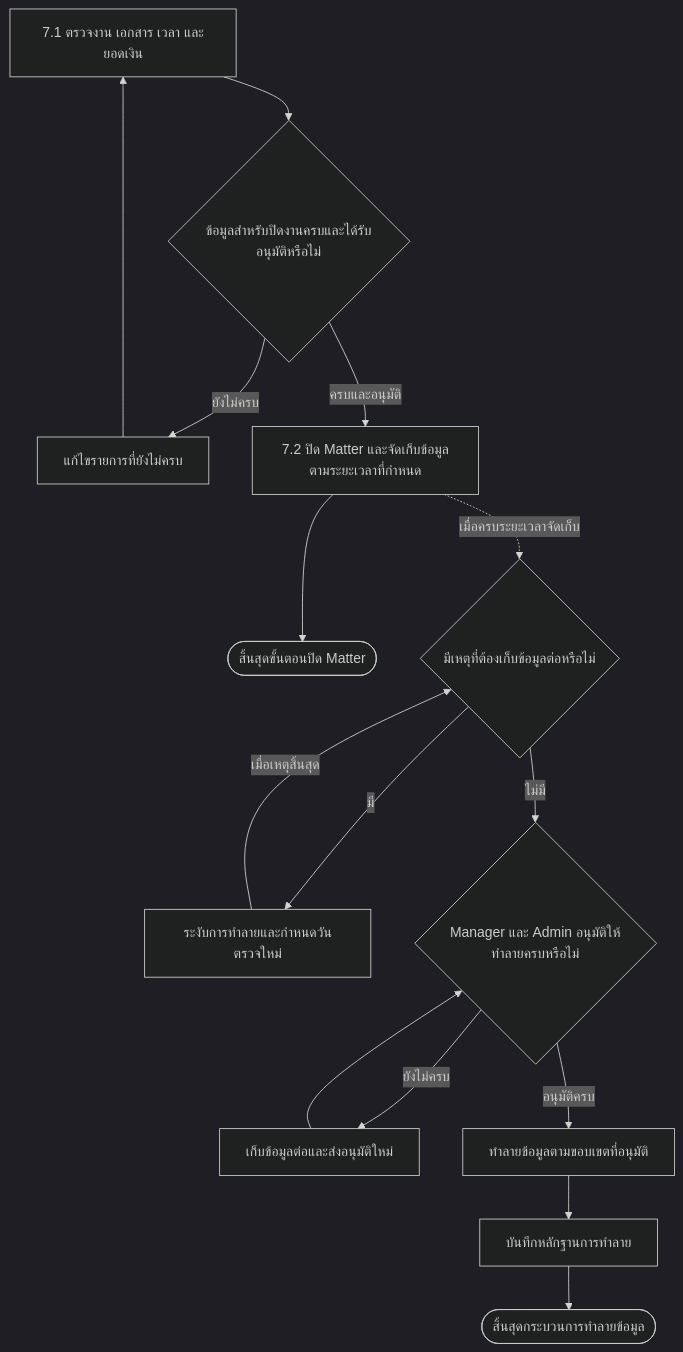
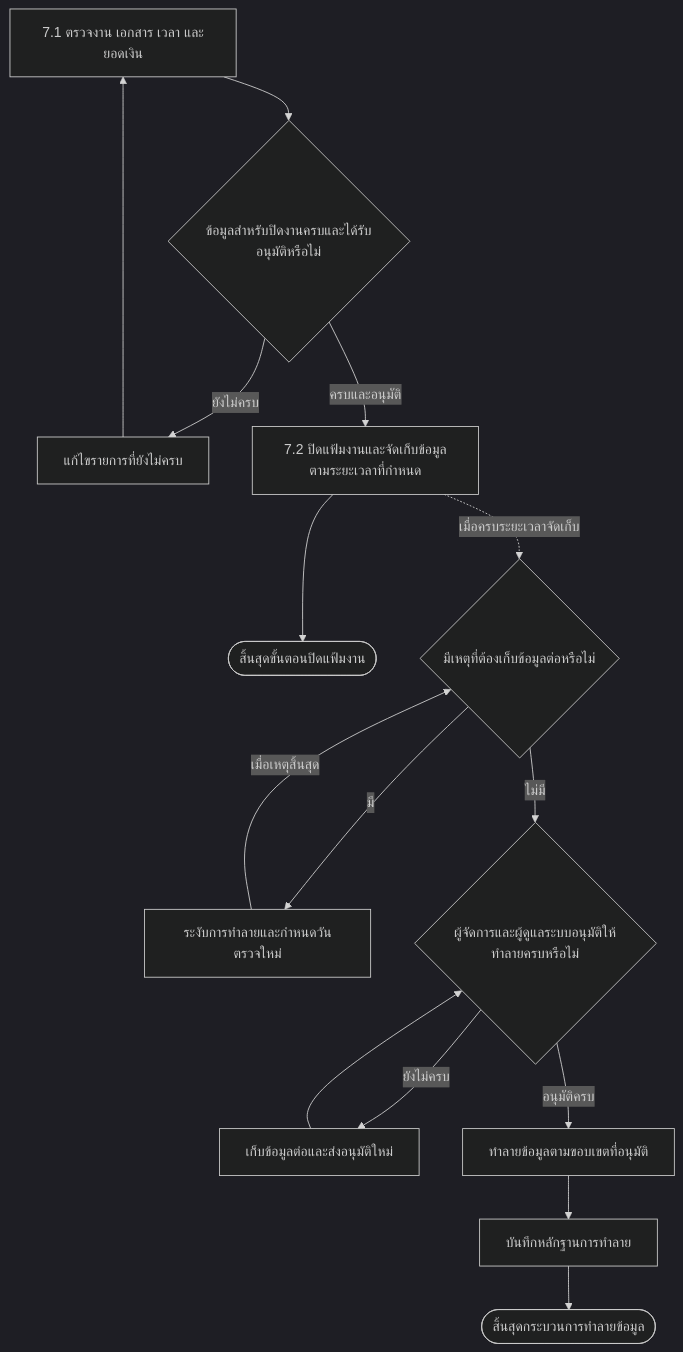
One commit to yukasung/legal_erp_docs changed the seventh of 7 diagrams in docs/app/docs/workflow/page.mdx. Above: the diagram before and after it, drawn with Mermaid (dark theme). The commit also changed other lines of this file, not shown here.

````diff
--- a/docs/app/docs/workflow/page.mdx
+++ b/docs/app/docs/workflow/page.mdx
@@ -171,18 +233,18 @@
 ```mermaid
 flowchart TD
   A["7.1 ตรวจงาน เอกสาร เวลา และยอดเงิน"] --> B{"ข้อมูลสำหรับปิดงานครบและได้รับอนุมัติหรือไม่"}
   B -->|ยังไม่ครบ| C["แก้ไขรายการที่ยังไม่ครบ"]
   C --> A
-  B -->|ครบและอนุมัติ| D["7.2 ปิด Matter และจัดเก็บข้อมูลตามระยะเวลาที่กำหนด"]
-  D --> Z(["สิ้นสุดขั้นตอนปิด Matter"])
+  B -->|ครบและอนุมัติ| D["7.2 ปิดแฟ้มงานและจัดเก็บข้อมูลตามระยะเวลาที่กำหนด"]
+  D --> Z(["สิ้นสุดขั้นตอนปิดแฟ้มงาน"])
 
   D -. เมื่อครบระยะเวลาจัดเก็บ .-> E{"มีเหตุที่ต้องเก็บข้อมูลต่อหรือไม่"}
   E -->|มี| F["ระงับการทำลายและกำหนดวันตรวจใหม่"]
   F -->|เมื่อเหตุสิ้นสุด| E
-  E -->|ไม่มี| G{"Manager และ Admin อนุมัติให้ทำลายครบหรือไม่"}
+  E -->|ไม่มี| G{"ผู้จัดการและผู้ดูแลระบบอนุมัติให้ทำลายครบหรือไม่"}
   G -->|ยังไม่ครบ| H["เก็บข้อมูลต่อและส่งอนุมัติใหม่"]
   H --> G
   G -->|อนุมัติครบ| I["ทำลายข้อมูลตามขอบเขตที่อนุมัติ"]
   I --> J["บันทึกหลักฐานการทำลาย"]
   J --> Y(["สิ้นสุดกระบวนการทำลายข้อมูล"])
 ```
````
